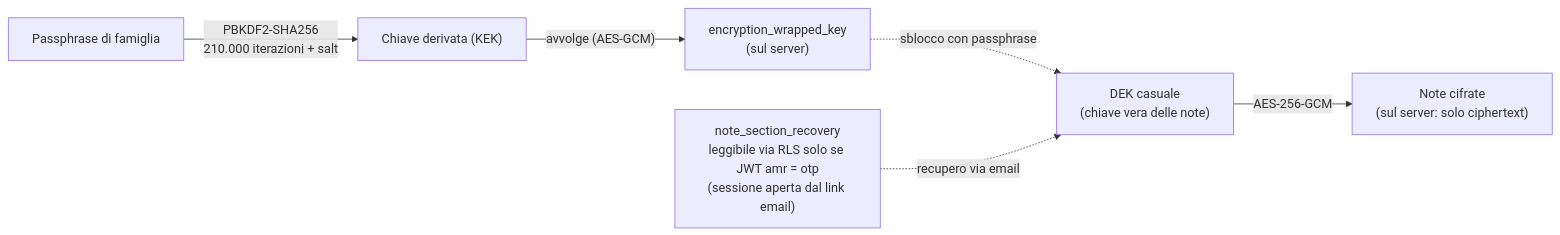
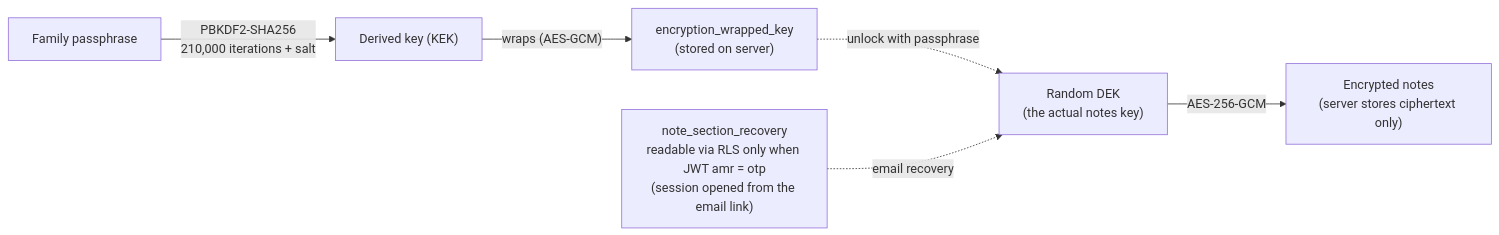
Before and after one commit to MattiP99/Manager_App: the fourth of 4 diagrams in README.md, drawn with Mermaid. The commit also changed other lines of this file, not shown here.

````diff
--- a/README.md
+++ b/README.md
@@ -143,8 +149,8 @@
 ```mermaid
 flowchart LR
-    PP["Passphrase di famiglia"] -- "PBKDF2-SHA256<br/>210.000 iterazioni + salt" --> KEK["Chiave derivata (KEK)"]
-    KEK -- "avvolge (AES-GCM)" --> WK["encryption_wrapped_key<br/>(sul server)"]
-    DEK["DEK casuale<br/>(chiave vera delle note)"] -- "AES-256-GCM" --> CT["Note cifrate<br/>(sul server: solo ciphertext)"]
-    WK -. "sblocco con passphrase" .-> DEK
-    REC["note_section_recovery<br/>leggibile via RLS solo se JWT amr = otp<br/>(sessione aperta dal link email)"] -. "recupero via email" .-> DEK
+    PP["Family passphrase"] -- "PBKDF2-SHA256<br/>210,000 iterations + salt" --> KEK["Derived key (KEK)"]
+    KEK -- "wraps (AES-GCM)" --> WK["encryption_wrapped_key<br/>(stored on server)"]
+    DEK["Random DEK<br/>(the actual notes key)"] -- "AES-256-GCM" --> CT["Encrypted notes<br/>(server stores ciphertext only)"]
+    WK -. "unlock with passphrase" .-> DEK
+    REC["note_section_recovery<br/>readable via RLS only when JWT amr = otp<br/>(session opened from the email link)"] -. "email recovery" .-> DEK
 ```
````
